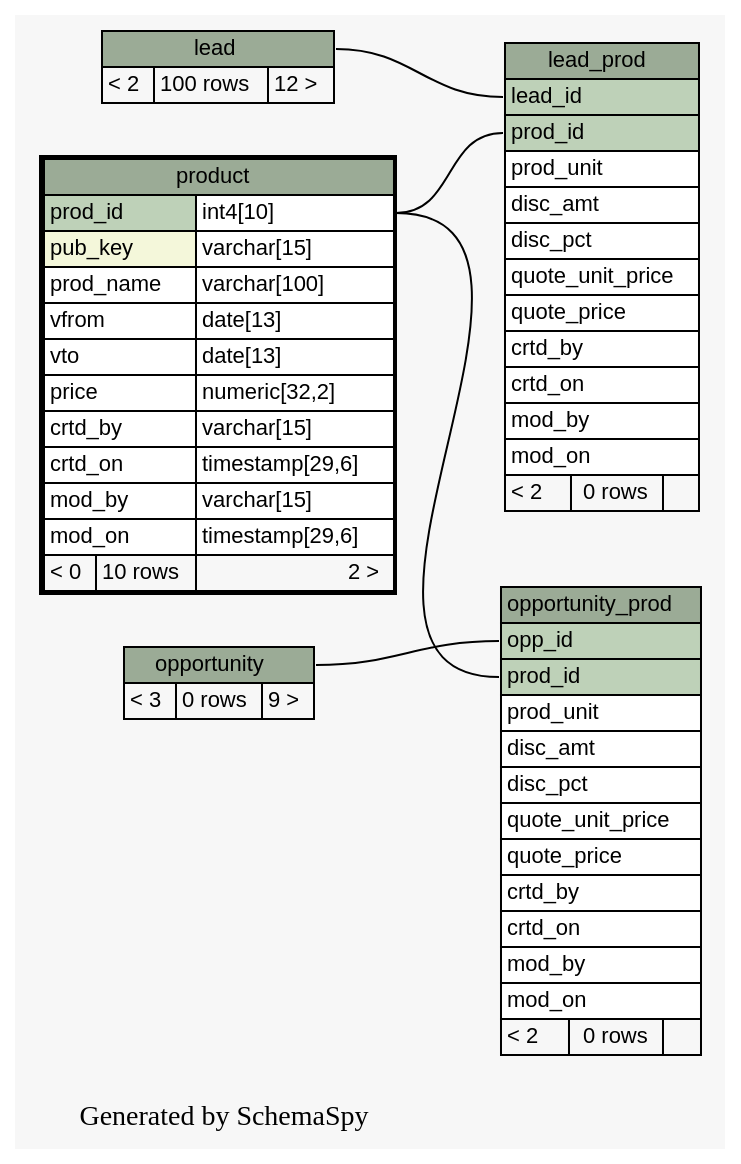
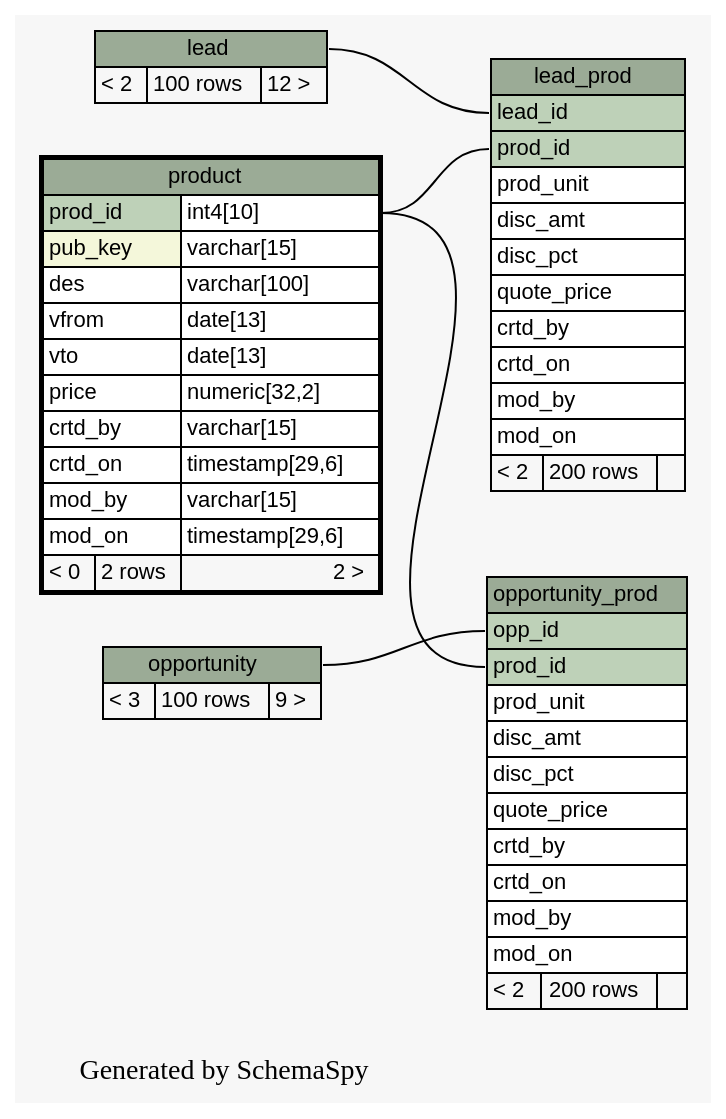
One commit to engineerscraft/salesforce changed the diagram in docs/database/schemaspy/graphs/product.2degrees.dot. Above: the diagram before and after it, drawn with Graphviz. The commit also changed 206 other files, not shown here.

```diff
--- a/docs/database/schemaspy/graphs/product.2degrees.dot
+++ b/docs/database/schemaspy/graphs/product.2degrees.dot
@@ -1,98 +1,96 @@
 // dot 2.38.0 on Windows 7 6.1
 digraph "twoDegreesRelationshipsGraph" {
   graph [
     rankdir="RL"
     bgcolor="#f7f7f7"
     label="\nGenerated by SchemaSpy"
     labeljust="l"
   ];
   node [
     fontname="Helvetica"
     fontsize="11"
     shape="plaintext"
   ];
   edge [
     arrowsize="0.8"
   ];
   "lead_prod":"lead_id":w -> "lead":"lead.heading":e [arrowtail=crowtee arrowhead=none];
   "lead_prod":"prod_id":w -> "product":"prod_id.type":e [arrowtail=crowtee arrowhead=none];
   "opportunity_prod":"opp_id":w -> "opportunity":"opportunity.heading":e [arrowtail=crowtee arrowhead=none];
   "opportunity_prod":"prod_id":w -> "product":"prod_id.type":e [arrowtail=crowtee arrowhead=none];
   "lead" [
     label=<
     <TABLE BORDER="0" CELLBORDER="1" CELLSPACING="0" BGCOLOR="#ffffff">
       <TR><TD PORT="lead.heading" COLSPAN="3" BGCOLOR="#9bab96" ALIGN="CENTER">lead</TD></TR>
       <TR><TD ALIGN="LEFT" BGCOLOR="#f7f7f7">&lt; 2</TD><TD ALIGN="RIGHT" BGCOLOR="#f7f7f7">100 rows</TD><TD ALIGN="RIGHT" BGCOLOR="#f7f7f7">12 &gt;</TD></TR>
     </TABLE>>
     URL="lead.html#graph"
     tooltip="lead"
   ];
   "lead_prod" [
     label=<
     <TABLE BORDER="0" CELLBORDER="1" CELLSPACING="0" BGCOLOR="#ffffff">
       <TR><TD PORT="lead_prod.heading" COLSPAN="3" BGCOLOR="#9bab96" ALIGN="CENTER">lead_prod</TD></TR>
       <TR><TD PORT="lead_id" COLSPAN="3" BGCOLOR="#bed1b8" ALIGN="LEFT">lead_id</TD></TR>
       <TR><TD PORT="prod_id" COLSPAN="3" BGCOLOR="#bed1b8" ALIGN="LEFT">prod_id</TD></TR>
       <TR><TD PORT="prod_unit" COLSPAN="3" ALIGN="LEFT">prod_unit</TD></TR>
       <TR><TD PORT="disc_amt" COLSPAN="3" ALIGN="LEFT">disc_amt</TD></TR>
       <TR><TD PORT="disc_pct" COLSPAN="3" ALIGN="LEFT">disc_pct</TD></TR>
-      <TR><TD PORT="quote_unit_price" COLSPAN="3" ALIGN="LEFT">quote_unit_price</TD></TR>
       <TR><TD PORT="quote_price" COLSPAN="3" ALIGN="LEFT">quote_price</TD></TR>
       <TR><TD PORT="crtd_by" COLSPAN="3" ALIGN="LEFT">crtd_by</TD></TR>
       <TR><TD PORT="crtd_on" COLSPAN="3" ALIGN="LEFT">crtd_on</TD></TR>
       <TR><TD PORT="mod_by" COLSPAN="3" ALIGN="LEFT">mod_by</TD></TR>
       <TR><TD PORT="mod_on" COLSPAN="3" ALIGN="LEFT">mod_on</TD></TR>
-      <TR><TD ALIGN="LEFT" BGCOLOR="#f7f7f7">&lt; 2</TD><TD ALIGN="RIGHT" BGCOLOR="#f7f7f7">0 rows</TD><TD ALIGN="RIGHT" BGCOLOR="#f7f7f7">  </TD></TR>
+      <TR><TD ALIGN="LEFT" BGCOLOR="#f7f7f7">&lt; 2</TD><TD ALIGN="RIGHT" BGCOLOR="#f7f7f7">200 rows</TD><TD ALIGN="RIGHT" BGCOLOR="#f7f7f7">  </TD></TR>
     </TABLE>>
     URL="lead_prod.html#graph"
     tooltip="lead_prod"
   ];
   "opportunity" [
     label=<
     <TABLE BORDER="0" CELLBORDER="1" CELLSPACING="0" BGCOLOR="#ffffff">
       <TR><TD PORT="opportunity.heading" COLSPAN="3" BGCOLOR="#9bab96" ALIGN="CENTER">opportunity</TD></TR>
-      <TR><TD ALIGN="LEFT" BGCOLOR="#f7f7f7">&lt; 3</TD><TD ALIGN="RIGHT" BGCOLOR="#f7f7f7">0 rows</TD><TD ALIGN="RIGHT" BGCOLOR="#f7f7f7">9 &gt;</TD></TR>
+      <TR><TD ALIGN="LEFT" BGCOLOR="#f7f7f7">&lt; 3</TD><TD ALIGN="RIGHT" BGCOLOR="#f7f7f7">100 rows</TD><TD ALIGN="RIGHT" BGCOLOR="#f7f7f7">9 &gt;</TD></TR>
     </TABLE>>
     URL="opportunity.html#graph"
     tooltip="opportunity"
   ];
   "opportunity_prod" [
     label=<
     <TABLE BORDER="0" CELLBORDER="1" CELLSPACING="0" BGCOLOR="#ffffff">
       <TR><TD PORT="opportunity_prod.heading" COLSPAN="3" BGCOLOR="#9bab96" ALIGN="CENTER">opportunity_prod</TD></TR>
       <TR><TD PORT="opp_id" COLSPAN="3" BGCOLOR="#bed1b8" ALIGN="LEFT">opp_id</TD></TR>
       <TR><TD PORT="prod_id" COLSPAN="3" BGCOLOR="#bed1b8" ALIGN="LEFT">prod_id</TD></TR>
       <TR><TD PORT="prod_unit" COLSPAN="3" ALIGN="LEFT">prod_unit</TD></TR>
       <TR><TD PORT="disc_amt" COLSPAN="3" ALIGN="LEFT">disc_amt</TD></TR>
       <TR><TD PORT="disc_pct" COLSPAN="3" ALIGN="LEFT">disc_pct</TD></TR>
-      <TR><TD PORT="quote_unit_price" COLSPAN="3" ALIGN="LEFT">quote_unit_price</TD></TR>
       <TR><TD PORT="quote_price" COLSPAN="3" ALIGN="LEFT">quote_price</TD></TR>
       <TR><TD PORT="crtd_by" COLSPAN="3" ALIGN="LEFT">crtd_by</TD></TR>
       <TR><TD PORT="crtd_on" COLSPAN="3" ALIGN="LEFT">crtd_on</TD></TR>
       <TR><TD PORT="mod_by" COLSPAN="3" ALIGN="LEFT">mod_by</TD></TR>
       <TR><TD PORT="mod_on" COLSPAN="3" ALIGN="LEFT">mod_on</TD></TR>
-      <TR><TD ALIGN="LEFT" BGCOLOR="#f7f7f7">&lt; 2</TD><TD ALIGN="RIGHT" BGCOLOR="#f7f7f7">0 rows</TD><TD ALIGN="RIGHT" BGCOLOR="#f7f7f7">  </TD></TR>
+      <TR><TD ALIGN="LEFT" BGCOLOR="#f7f7f7">&lt; 2</TD><TD ALIGN="RIGHT" BGCOLOR="#f7f7f7">200 rows</TD><TD ALIGN="RIGHT" BGCOLOR="#f7f7f7">  </TD></TR>
     </TABLE>>
     URL="opportunity_prod.html#graph"
     tooltip="opportunity_prod"
   ];
   "product" [
     label=<
     <TABLE BORDER="2" CELLBORDER="1" CELLSPACING="0" BGCOLOR="#ffffff">
       <TR><TD PORT="product.heading" COLSPAN="3" BGCOLOR="#9bab96" ALIGN="CENTER">product</TD></TR>
       <TR><TD PORT="prod_id" COLSPAN="2" BGCOLOR="#bed1b8" ALIGN="LEFT">prod_id</TD><TD PORT="prod_id.type" ALIGN="LEFT">int4[10]</TD></TR>
       <TR><TD PORT="pub_key" COLSPAN="2" BGCOLOR="#f4f7da" ALIGN="LEFT">pub_key</TD><TD PORT="pub_key.type" ALIGN="LEFT">varchar[15]</TD></TR>
-      <TR><TD PORT="prod_name" COLSPAN="2" ALIGN="LEFT">prod_name</TD><TD PORT="prod_name.type" ALIGN="LEFT">varchar[100]</TD></TR>
+      <TR><TD PORT="des" COLSPAN="2" ALIGN="LEFT">des</TD><TD PORT="des.type" ALIGN="LEFT">varchar[100]</TD></TR>
       <TR><TD PORT="vfrom" COLSPAN="2" ALIGN="LEFT">vfrom</TD><TD PORT="vfrom.type" ALIGN="LEFT">date[13]</TD></TR>
       <TR><TD PORT="vto" COLSPAN="2" ALIGN="LEFT">vto</TD><TD PORT="vto.type" ALIGN="LEFT">date[13]</TD></TR>
       <TR><TD PORT="price" COLSPAN="2" ALIGN="LEFT">price</TD><TD PORT="price.type" ALIGN="LEFT">numeric[32,2]</TD></TR>
       <TR><TD PORT="crtd_by" COLSPAN="2" ALIGN="LEFT">crtd_by</TD><TD PORT="crtd_by.type" ALIGN="LEFT">varchar[15]</TD></TR>
       <TR><TD PORT="crtd_on" COLSPAN="2" ALIGN="LEFT">crtd_on</TD><TD PORT="crtd_on.type" ALIGN="LEFT">timestamp[29,6]</TD></TR>
       <TR><TD PORT="mod_by" COLSPAN="2" ALIGN="LEFT">mod_by</TD><TD PORT="mod_by.type" ALIGN="LEFT">varchar[15]</TD></TR>
       <TR><TD PORT="mod_on" COLSPAN="2" ALIGN="LEFT">mod_on</TD><TD PORT="mod_on.type" ALIGN="LEFT">timestamp[29,6]</TD></TR>
-      <TR><TD ALIGN="LEFT" BGCOLOR="#f7f7f7">&lt; 0</TD><TD ALIGN="RIGHT" BGCOLOR="#f7f7f7">10 rows</TD><TD ALIGN="RIGHT" BGCOLOR="#f7f7f7">2 &gt;</TD></TR>
+      <TR><TD ALIGN="LEFT" BGCOLOR="#f7f7f7">&lt; 0</TD><TD ALIGN="RIGHT" BGCOLOR="#f7f7f7">2 rows</TD><TD ALIGN="RIGHT" BGCOLOR="#f7f7f7">2 &gt;</TD></TR>
     </TABLE>>
     URL="product.html#"
     tooltip="product"
   ];
 }
```
